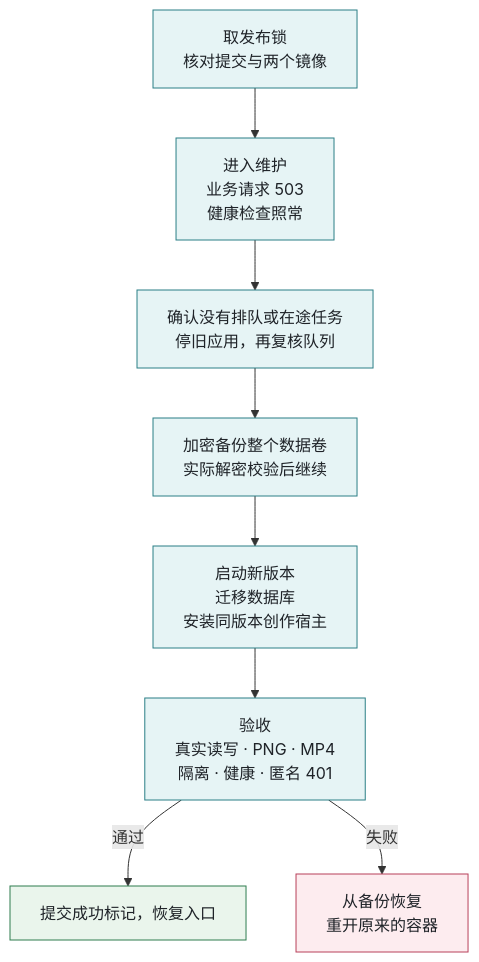
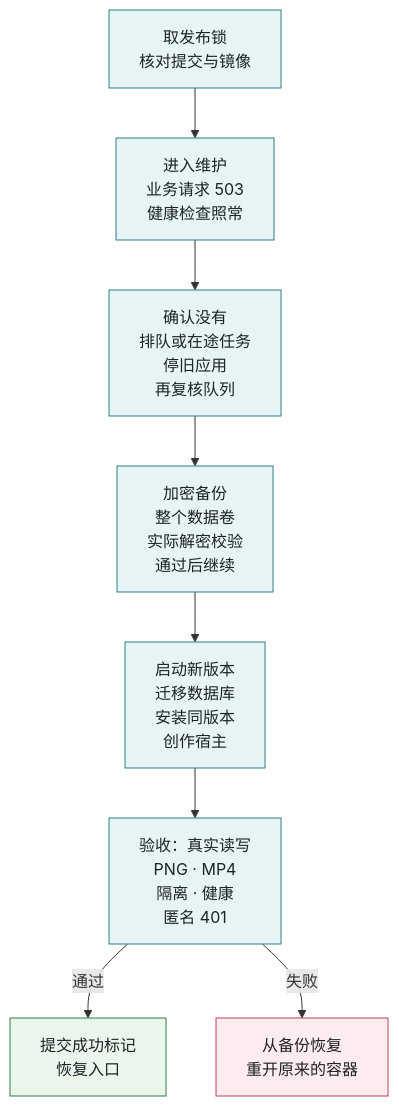
Diagram 11 of 11 in README.md (yaoziyaoguai/video-factory), drawn with Mermaid before and after one commit. The commit also changed other lines of this file, not shown here.

First line of the commit message:
docs(readme): make the Mermaid diagrams render cleanly on GitHub [skip ci]

````diff
--- a/README.md
+++ b/README.md
@@ -409,17 +426,17 @@
 ```mermaid
 flowchart TB
-  LOCK["取发布锁<br/>核对提交与两个镜像"] --> MAINT["进入维护<br/>业务请求 503<br/>健康检查照常"]
-  MAINT --> QUIET["确认没有排队或在途任务<br/>停旧应用，再复核队列"]
-  QUIET --> BACKUP["加密备份整个数据卷<br/>实际解密校验后继续"]
-  BACKUP --> START["启动新版本<br/>迁移数据库<br/>安装同版本创作宿主"]
-  START --> CHECK["验收<br/>真实读写 · PNG · MP4<br/>隔离 · 健康 · 匿名 401"]
-  CHECK -->|"通过"| DONE["提交成功标记，恢复入口"]
+  LOCK["取发布锁<br/>核对提交与镜像"] --> MAINT["进入维护<br/>业务请求 503<br/>健康检查照常"]
+  MAINT --> QUIET["确认没有<br/>排队或在途任务<br/>停旧应用<br/>再复核队列"]
+  QUIET --> BACKUP["加密备份<br/>整个数据卷<br/>实际解密校验<br/>通过后继续"]
+  BACKUP --> START["启动新版本<br/>迁移数据库<br/>安装同版本<br/>创作宿主"]
+  START --> CHECK["验收：真实读写<br/>PNG · MP4<br/>隔离 · 健康<br/>匿名 401"]
+  CHECK -->|"通过"| DONE["提交成功标记<br/>恢复入口"]
   CHECK -->|"失败"| RESTORE["从备份恢复<br/>重开原来的容器"]
 
   classDef cOps fill:#E6F4F5,stroke:#2A7F86,color:#1F2328
   classDef cKeep fill:#EAF5EC,stroke:#2E7D4F,color:#1F2328
   classDef cExt fill:#FDECEF,stroke:#B8405A,color:#1F2328
   class LOCK,MAINT,QUIET,BACKUP,START,CHECK cOps
   class DONE cKeep
   class RESTORE cExt
 ```
````
